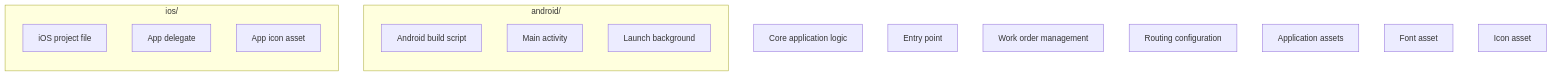
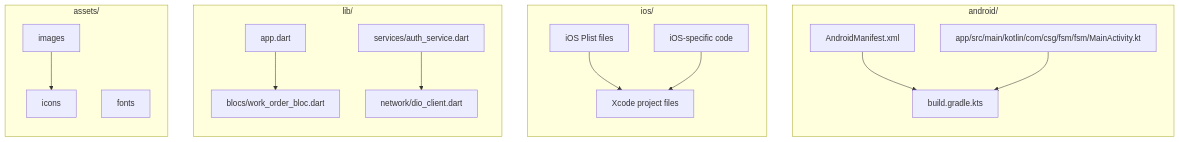
Before and after one commit to jahnavi783/fsm: the diagram in DOCUMENTATION.md, drawn with Mermaid. The commit also changed other lines of this file, not shown here.

````diff
--- a/DOCUMENTATION.md
+++ b/DOCUMENTATION.md
@@ -33,27 +29,39 @@
 ```mermaid
 flowchart TD
     subgraph android/
         direction TB
-        app/build.gradle.kts[Android build script]
-        app/src/main/kotlin/com/csg/fsm/fsm/MainActivity.kt[Main activity]
-        app/src/main/res/drawable-v21/launch_background.xml[Launch background]
+        A[AndroidManifest.xml]
+        B[build.gradle.kts]
+        C[app/src/main/kotlin/com/csg/fsm/fsm/MainActivity.kt]
     end
 
     subgraph ios/
         direction TB
-        Runner.xcodeproj/project.pbxproj[iOS project file]
-        Runner/AppDelegate.swift[App delegate]
-        Runner/Assets.xcassets/AppIcon.appiconset/Contents.json[App icon asset]
+        D[iOS Plist files]
+        E[Xcode project files]
+        F[iOS-specific code]
     end
 
-    lib/[Core application logic]
+    subgraph lib/
         direction TB
-        lib/app.dart[Entry point]
-        lib/core/blocs/work_order_bloc.dart[Work order management]
-        lib/core/router/app_router.gr.dart[Routing configuration]
+        G[app.dart]
+        H[blocs/work_order_bloc.dart]
+        I[services/auth_service.dart]
+        J[network/dio_client.dart]
+    end
 
-    assets/[Application assets]
+    subgraph assets/
         direction TB
-        assets/fonts/Inter/Inter.ttf[Font asset]
-        assets/icons/sort-down.png[Icon asset]
+        K[images]
+        L[fonts]
+        M[icons]
+    end
+
+    A --> B
+    C --> B
+    D --> E
+    F --> E
+    G --> H
+    I --> J
+    K --> M
 ```
````
